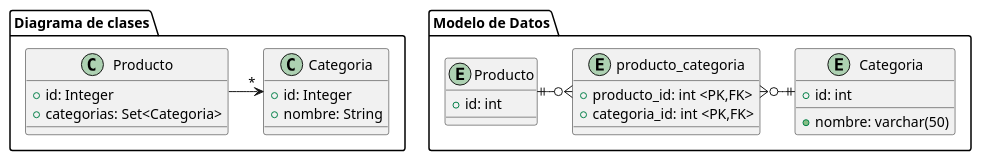
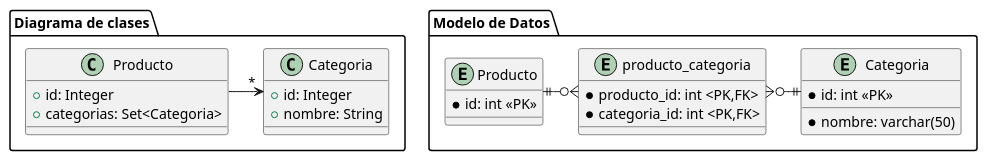
Before and after one commit to nachovilla123/apunte-persistencia: the diagram in manyToMany.puml, drawn with PlantUML. The commit also changed 14 other files, not shown here.

```diff
--- a/manyToMany.puml
+++ b/manyToMany.puml
@@ -1,37 +1,37 @@
 @startuml
 package "Diagrama de clases" {
     class Producto {
         +id: Integer
         +categorias: Set<Categoria>
     }
 
     class Categoria {
         +id: Integer
         +nombre: String
     }
 
     Producto --right>"*" Categoria
 
 }
 
 package "Modelo de Datos" {
     entity "Producto" as producto {
-        +id: int
+        *id: int <<PK>>
     }
 
     entity "Categoria" as categoria {
-        +id: int
-        +nombre: varchar(50)
+        *id: int <<PK>>
+        *nombre: varchar(50)
     }
 
     entity "producto_categoria" as producto_categoria {
-        +producto_id: int <PK,FK>
-        +categoria_id: int <PK,FK>
+        *producto_id: int <PK,FK>
+        *categoria_id: int <PK,FK>
     }
 
     producto_categoria }o--left|| producto
     producto_categoria }o--right|| categoria
 
 
 }
 @enduml
```
